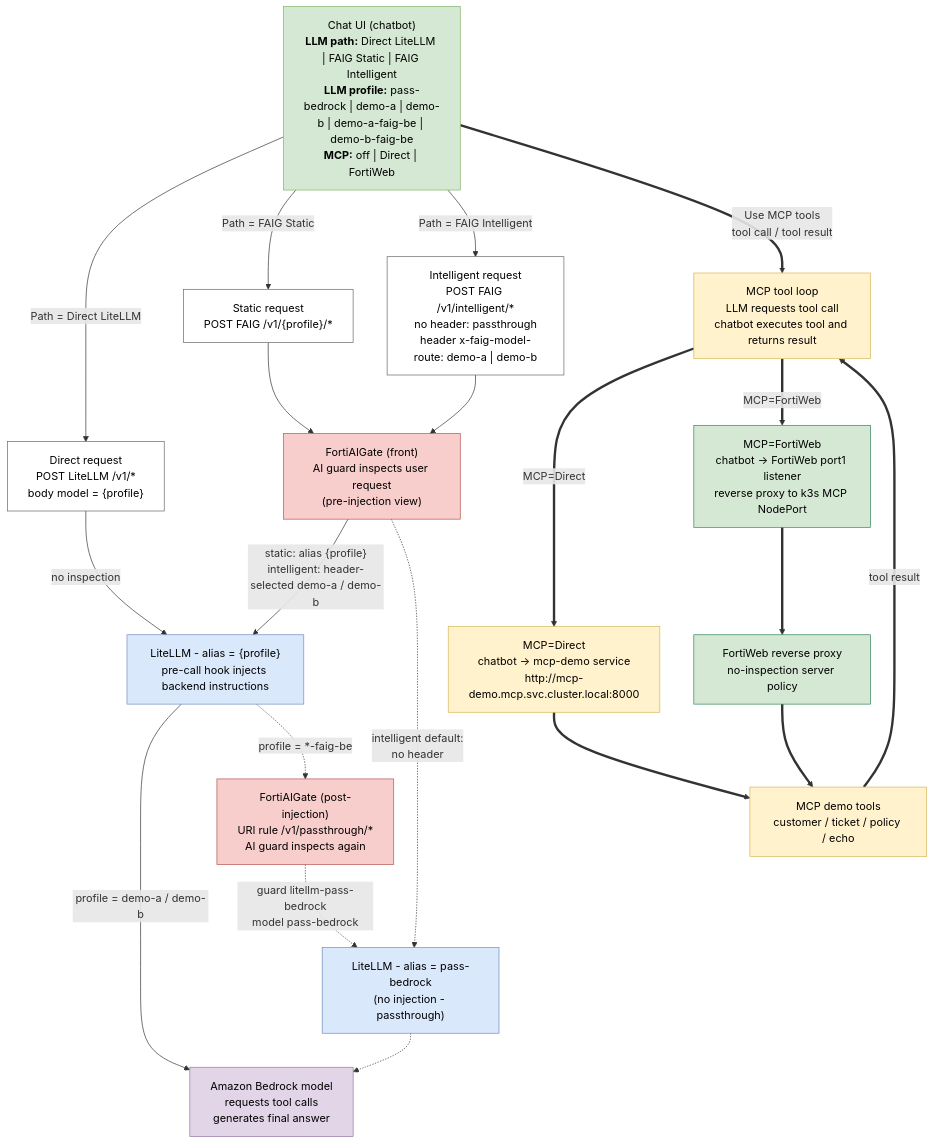
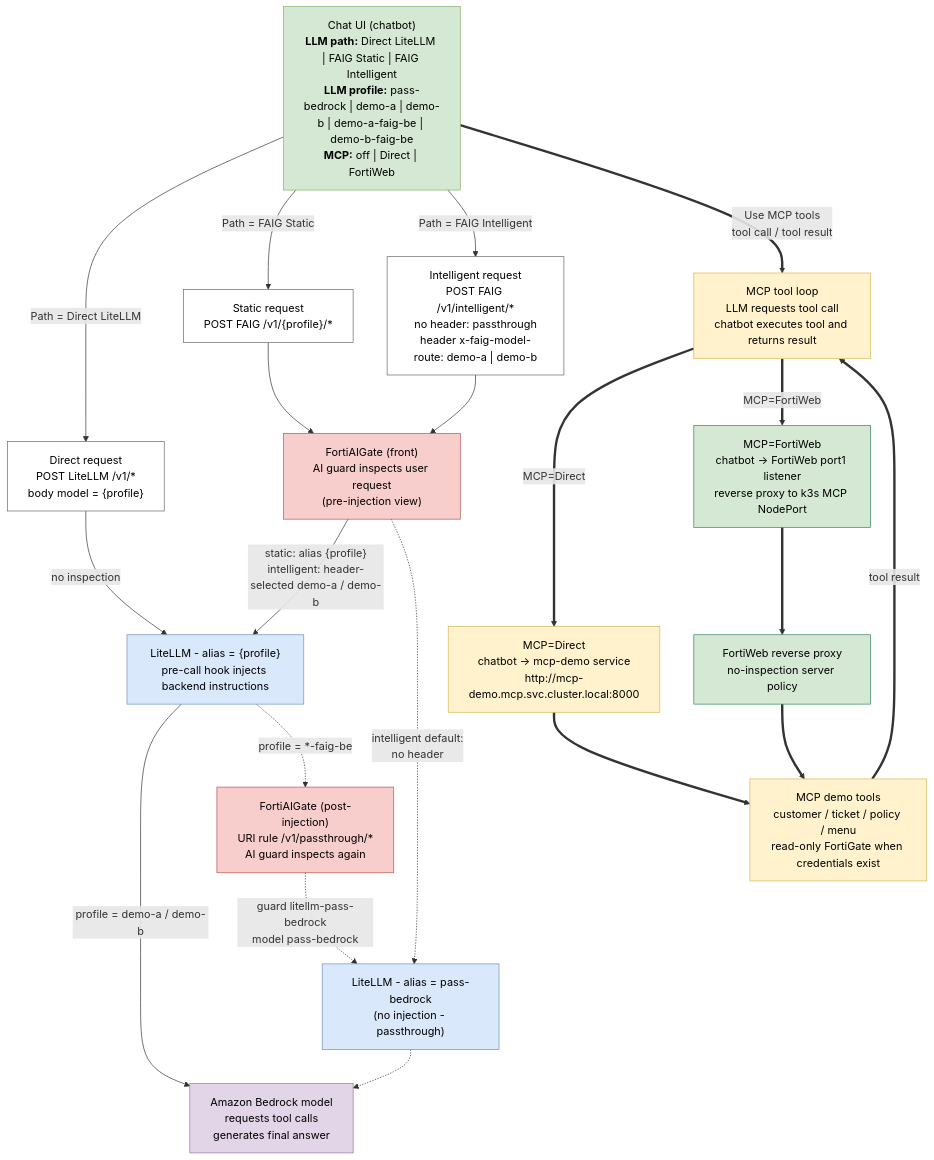
The diagram in docs/fortiaigate-lab-flows.md (mabutterfield/fortiaigate_demo), drawn with Mermaid before and after one commit. The commit also changed 60 other files, not shown here.

````diff
--- a/docs/fortiaigate-lab-flows.md
+++ b/docs/fortiaigate-lab-flows.md
@@ -7,57 +7,57 @@
 ```mermaid
 flowchart TD
     UI["Chat UI (chatbot)<br/><b>LLM path:</b> Direct LiteLLM | FAIG Static | FAIG Intelligent<br/><b>LLM profile:</b> pass-bedrock | demo-a | demo-b | demo-a-faig-be | demo-b-faig-be<br/><b>MCP:</b> off | Direct | FortiWeb"]
 
     RD["Direct request<br/>POST LiteLLM /v1/*<br/>body model = {profile}"]
     RS["Static request<br/>POST FAIG /v1/{profile}/*"]
     RI["Intelligent request<br/>POST FAIG /v1/intelligent/*<br/>no header: passthrough<br/>header x-faig-model-route: demo-a | demo-b"]
     MT["MCP tool loop<br/>LLM requests tool call<br/>chatbot executes tool and returns result"]
     MD["MCP=Direct<br/>chatbot -> mcp-demo service<br/>http://mcp-demo.mcp.svc.cluster.local:8000"]
     MFW["MCP=FortiWeb<br/>chatbot -> FortiWeb port1 listener<br/>reverse proxy to k3s MCP NodePort"]
     FWB["FortiWeb reverse proxy<br/>no-inspection server policy"]
-    MCP["MCP demo tools<br/>customer / ticket / policy / echo"]
+    MCP["MCP demo tools<br/>customer / ticket / policy / menu<br/>read-only FortiGate when credentials exist"]
 
     FAIG["FortiAIGate (front)<br/>AI guard inspects user request<br/>(pre-injection view)"]
     LL["LiteLLM - alias = {profile}<br/>pre-call hook injects backend instructions"]
     FB["FortiAIGate (post-injection)<br/>URI rule /v1/passthrough/*<br/>AI guard inspects again"]
     LP["LiteLLM - alias = pass-bedrock<br/>(no injection - passthrough)"]
     BR["Amazon Bedrock model<br/>requests tool calls<br/>generates final answer"]
 
     UI -->|"Path = Direct LiteLLM"| RD
     UI -->|"Path = FAIG Static"| RS
     UI -->|"Path = FAIG Intelligent"| RI
     UI ==>|"Use MCP tools<br/>tool call / tool result"| MT
 
     RD -->|"no inspection"| LL
     RS --> FAIG
     RI --> FAIG
     FAIG -->|"static: alias {profile}<br/>intelligent: header-selected demo-a / demo-b"| LL
     FAIG -.->|"intelligent default:<br/>no header"| LP
 
     LL -->|"profile = demo-a / demo-b"| BR
     LL -.->|"profile = *-faig-be"| FB
     FB -.->|"guard litellm-pass-bedrock<br/>model pass-bedrock"| LP
     LP -.-> BR
     MT ==>|"MCP=Direct"| MD
     MT ==>|"MCP=FortiWeb"| MFW
     MD ==> MCP
     MFW ==> FWB
     FWB ==> MCP
     MCP ==>|"tool result"| MT
 
     classDef ui fill:#d5e8d4,stroke:#82b366,color:#000
     classDef req fill:#ffffff,stroke:#666666,color:#000
     classDef faig fill:#f8cecc,stroke:#b85450,color:#000
     classDef ll fill:#dae8fc,stroke:#6c8ebf,color:#000
     classDef br fill:#e1d5e7,stroke:#9673a6,color:#000
     classDef mcp fill:#fff2cc,stroke:#d6b656,color:#000
     classDef fwb fill:#d5e8d4,stroke:#2f855a,color:#000
 
     class UI ui
     class RD,RS,RI req
     class FAIG,FB faig
     class LL,LP ll
     class BR br
     class MT,MD,MCP mcp
     class MFW,FWB fwb
 ```
````
